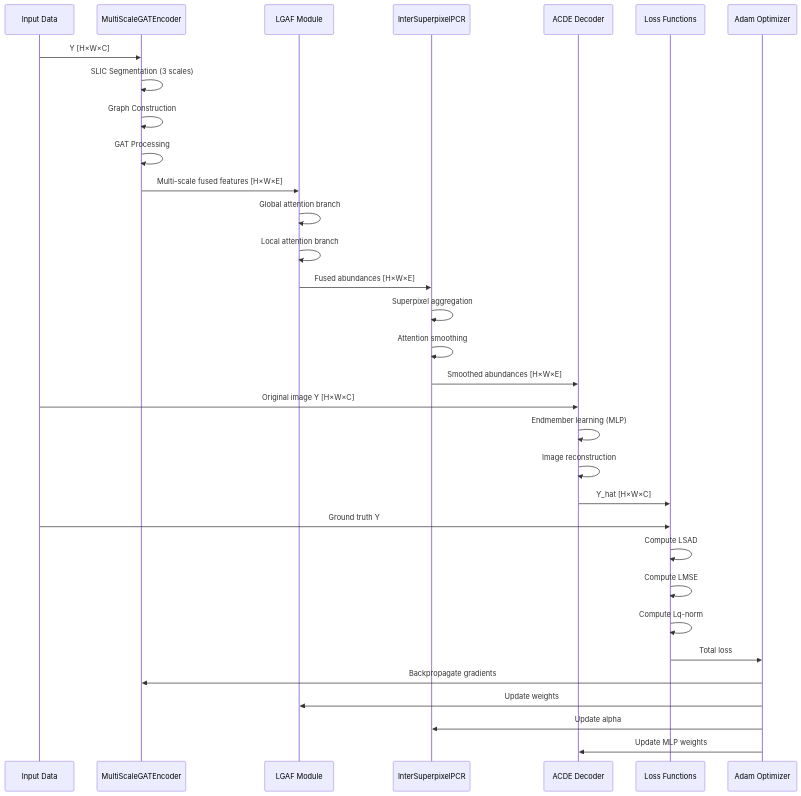
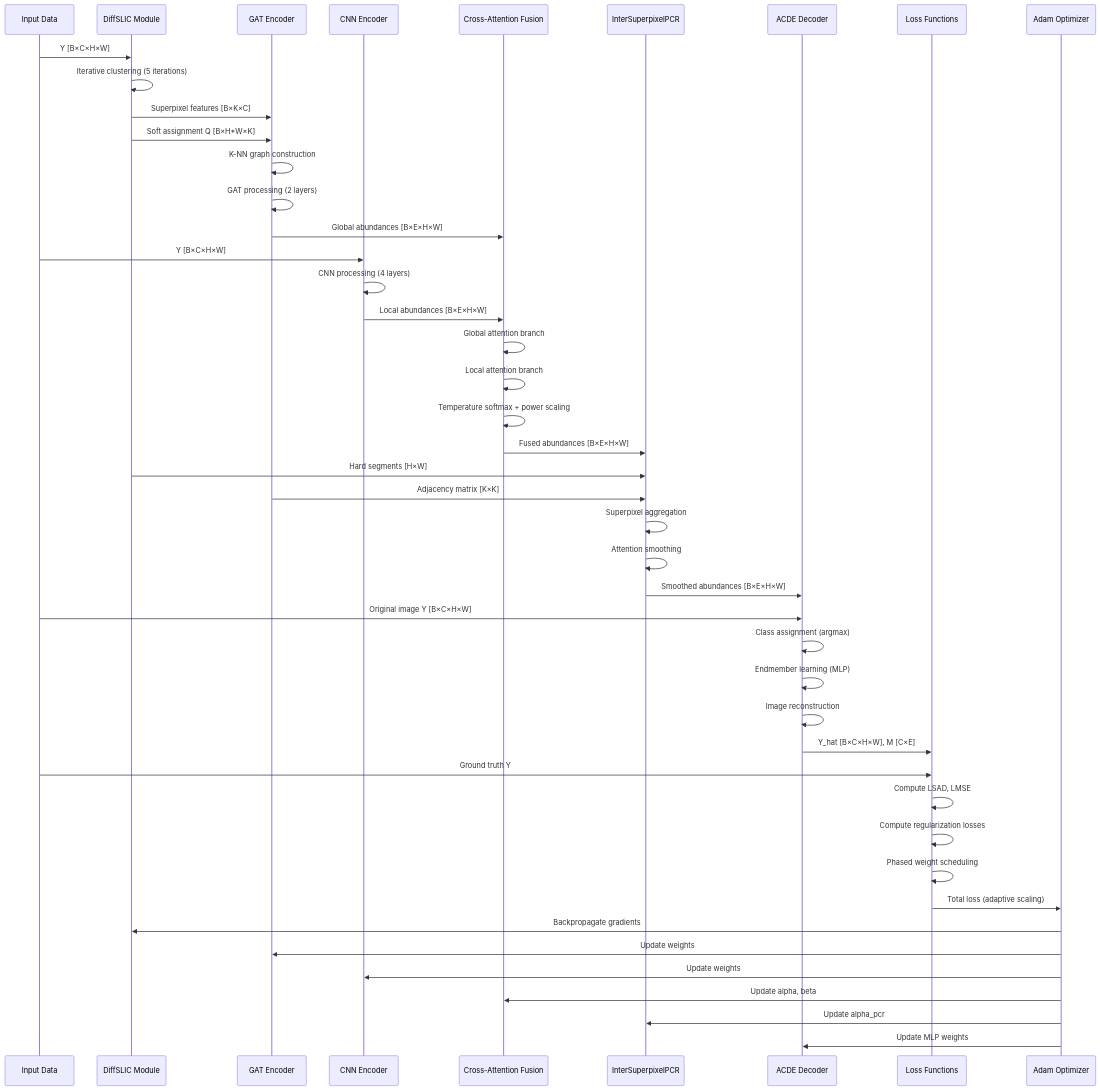
Before and after one commit to Mithun-750/hyperspectral-unmixing-gat-pcr: the second of 2 diagrams in README.md, drawn with Mermaid. The commit also changed other lines of this file, not shown here.

````diff
--- a/README.md
+++ b/README.md
@@ -298,40 +401,55 @@
 ```mermaid
 sequenceDiagram
     participant Data as Input Data
-    participant Encoder as MultiScaleGATEncoder
-    participant LGAF as LGAF Module
+    participant DiffSLIC as DiffSLIC Module
+    participant GAT as GAT Encoder
+    participant CNN as CNN Encoder
+    participant LGAF as Cross-Attention Fusion
     participant PCR as InterSuperpixelPCR
     participant Decoder as ACDE Decoder
     participant Loss as Loss Functions
     participant Optimizer as Adam Optimizer
     
-    Data->>Encoder: Y [H×W×C]
-    Encoder->>Encoder: SLIC Segmentation (3 scales)
-    Encoder->>Encoder: Graph Construction
-    Encoder->>Encoder: GAT Processing
-    Encoder->>LGAF: Multi-scale fused features [H×W×E]
+    Data->>DiffSLIC: Y [B×C×H×W]
+    DiffSLIC->>DiffSLIC: Iterative clustering (5 iterations)
+    DiffSLIC->>GAT: Superpixel features [B×K×C]
+    DiffSLIC->>GAT: Soft assignment Q [B×H*W×K]
+    
+    GAT->>GAT: K-NN graph construction
+    GAT->>GAT: GAT processing (2 layers)
+    GAT->>LGAF: Global abundances [B×E×H×W]
+    
+    Data->>CNN: Y [B×C×H×W]
+    CNN->>CNN: CNN processing (4 layers)
+    CNN->>LGAF: Local abundances [B×E×H×W]
     
     LGAF->>LGAF: Global attention branch
     LGAF->>LGAF: Local attention branch
-    LGAF->>PCR: Fused abundances [H×W×E]
+    LGAF->>LGAF: Temperature softmax + power scaling
+    LGAF->>PCR: Fused abundances [B×E×H×W]
     
+    DiffSLIC->>PCR: Hard segments [H×W]
+    GAT->>PCR: Adjacency matrix [K×K]
     PCR->>PCR: Superpixel aggregation
     PCR->>PCR: Attention smoothing
-    PCR->>Decoder: Smoothed abundances [H×W×E]
+    PCR->>Decoder: Smoothed abundances [B×E×H×W]
     
-    Data->>Decoder: Original image Y [H×W×C]
+    Data->>Decoder: Original image Y [B×C×H×W]
+    Decoder->>Decoder: Class assignment (argmax)
     Decoder->>Decoder: Endmember learning (MLP)
     Decoder->>Decoder: Image reconstruction
-    Decoder->>Loss: Y_hat [H×W×C]
+    Decoder->>Loss: Y_hat [B×C×H×W], M [C×E]
     
     Data->>Loss: Ground truth Y
-    Loss->>Loss: Compute LSAD
-    Loss->>Loss: Compute LMSE
-    Loss->>Loss: Compute Lq-norm
-    Loss->>Optimizer: Total loss
+    Loss->>Loss: Compute LSAD, LMSE
+    Loss->>Loss: Compute regularization losses
+    Loss->>Loss: Phased weight scheduling
+    Loss->>Optimizer: Total loss (adaptive scaling)
     
-    Optimizer->>Encoder: Backpropagate gradients
-    Optimizer->>LGAF: Update weights
-    Optimizer->>PCR: Update alpha
+    Optimizer->>DiffSLIC: Backpropagate gradients
+    Optimizer->>GAT: Update weights
+    Optimizer->>CNN: Update weights
+    Optimizer->>LGAF: Update alpha, beta
+    Optimizer->>PCR: Update alpha_pcr
     Optimizer->>Decoder: Update MLP weights
 ```
````
